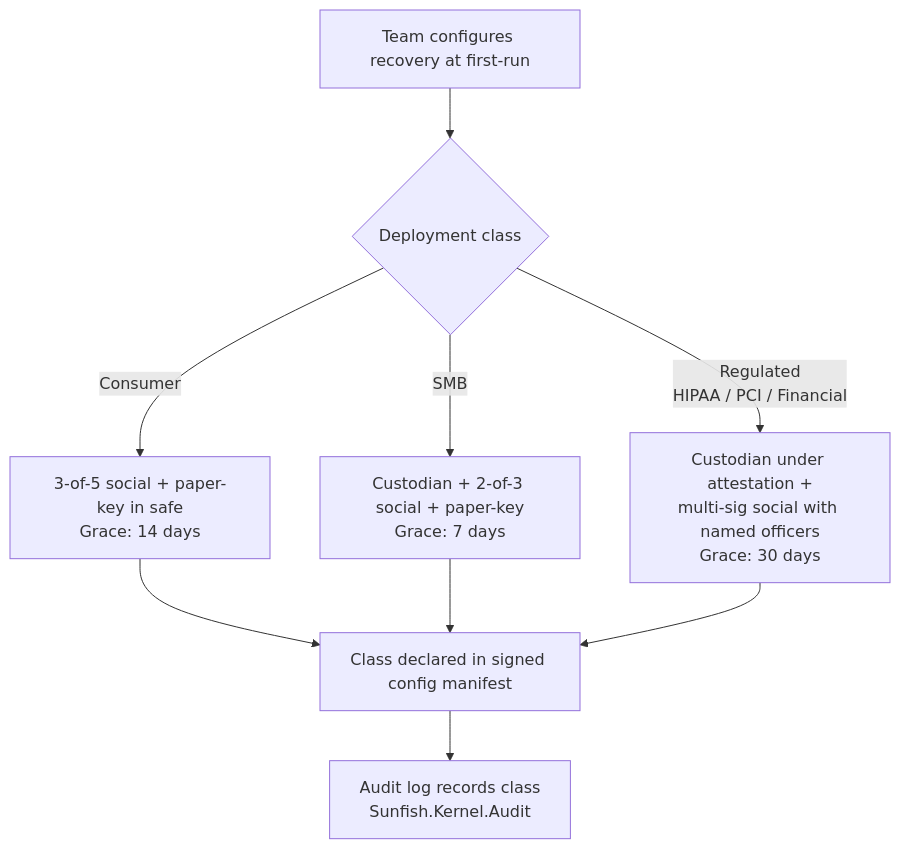
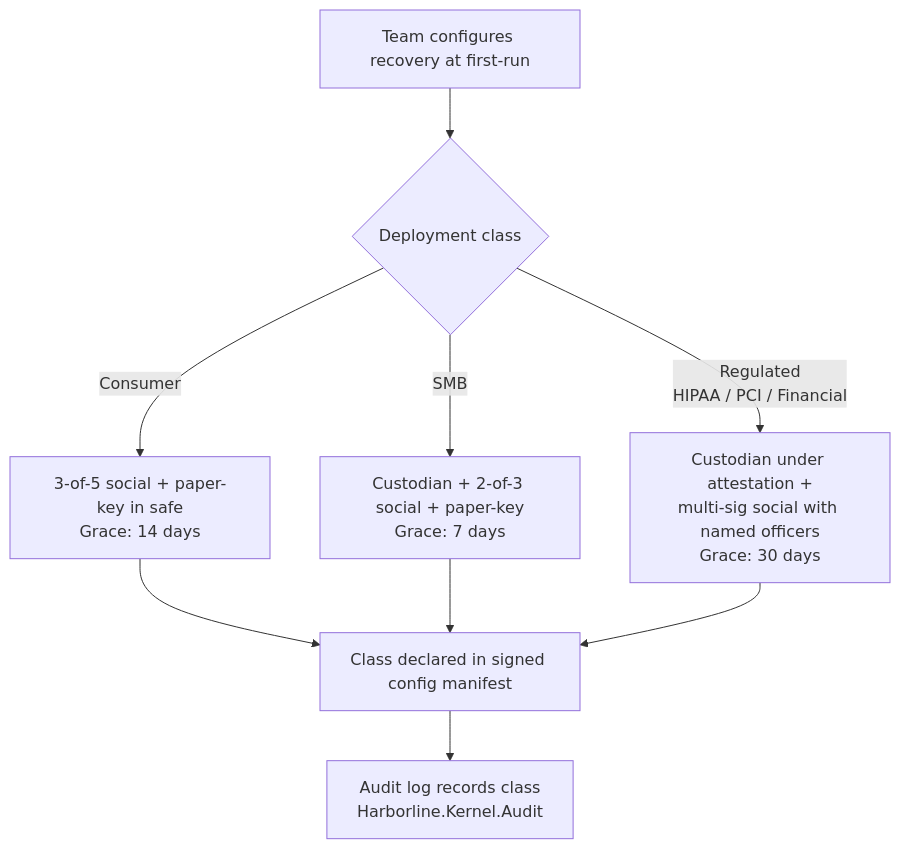
The second of 2 diagrams in vol-1/part-5-operational-concerns/ch22-security-operations.md (Harborline-Software/the-inverted-stack), drawn with Mermaid before and after one commit. The commit also changed other lines of this file and 376 other files, not shown here.

````diff
--- a/vol-1/part-5-operational-concerns/ch22-security-operations.md
+++ b/vol-1/part-5-operational-concerns/ch22-security-operations.md
@@ -85,11 +85,11 @@
 ```mermaid
 flowchart TD
     Start[Team configures recovery at first-run] --> Q1{Deployment class}
     Q1 -->|Consumer| ConsumerCfg[3-of-5 social + paper-key in safe<br/>Grace: 14 days]
     Q1 -->|SMB| SmbCfg[Custodian + 2-of-3 social + paper-key<br/>Grace: 7 days]
     Q1 -->|Regulated<br/>HIPAA / PCI / Financial| RegCfg[Custodian under attestation +<br/>multi-sig social with named officers<br/>Grace: 30 days]
     ConsumerCfg --> Manifest[Class declared in signed config manifest]
     SmbCfg --> Manifest
     RegCfg --> Manifest
-    Manifest --> Audit[Audit log records class<br/>Sunfish.Kernel.Audit]
+    Manifest --> Audit[Audit log records class<br/>Harborline.Kernel.Audit]
 ```
````
